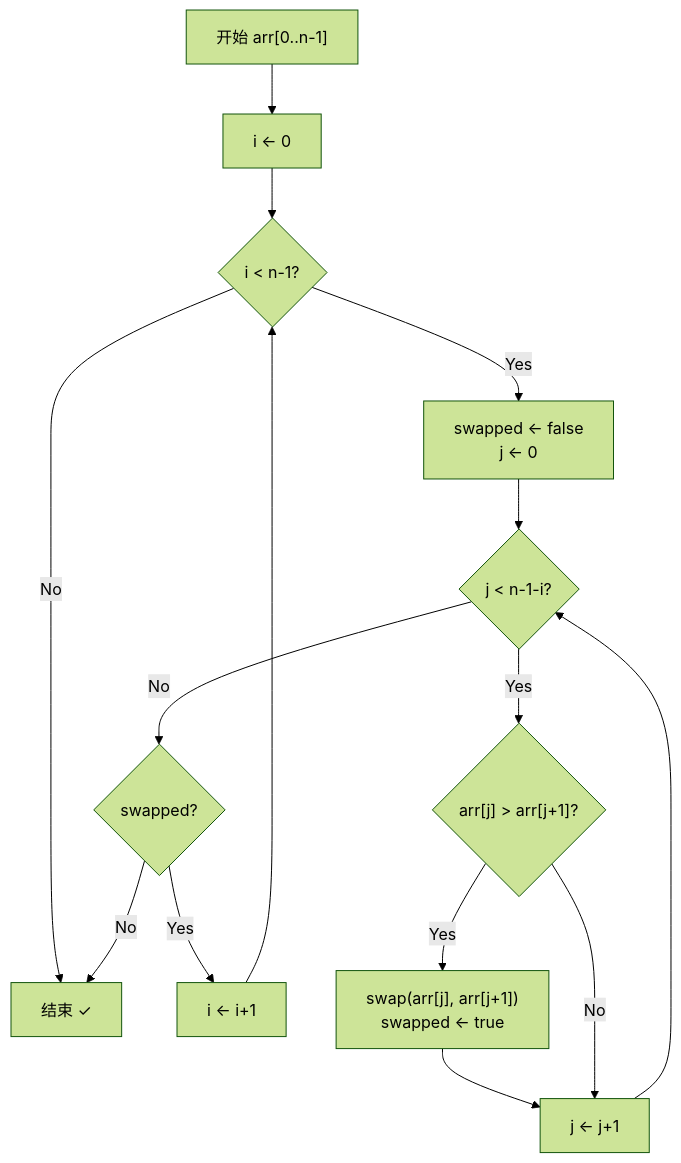
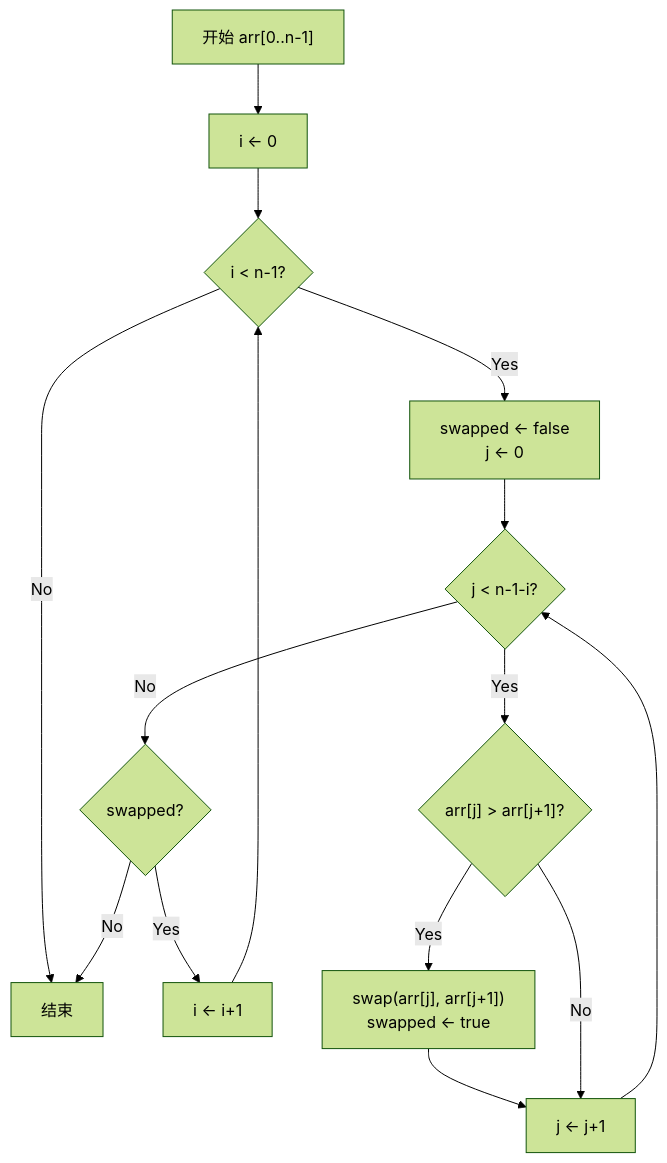
Before and after one commit to missercatos/RootStack: the first of 8 diagrams in 数据结构/H_排序_八大排序_Sorting.md, drawn with Mermaid (forest theme). The commit also changed other lines of this file and 605 other files, not shown here.

````diff
--- a/数据结构/H_排序_八大排序_Sorting.md
+++ b/数据结构/H_排序_八大排序_Sorting.md
@@ -65,17 +65,17 @@
 ```mermaid
 graph TD
-    A["开始 arr[0..n-1]"] --> B["i ← 0"]
-    B --> C{"i < n-1?"}
-    C -->|No| D["结束 ✓"]
-    C -->|Yes| E["swapped ← false\nj ← 0"]
-    E --> F{"j < n-1-i?"}
-    F -->|No| G{"swapped?"}
-    G -->|No| D
-    G -->|Yes| H["i ← i+1"]
-    H --> C
-    F -->|Yes| I{"arr[j] > arr[j+1]?"}
-    I -->|Yes| J["swap(arr[j], arr[j+1])\nswapped ← true"]
-    J --> K["j ← j+1"]
-    I -->|No| K
-    K --> F
+ A["开始 arr[0..n-1]"] --> B["i ← 0"]
+ B --> C{"i < n-1?"}
+ C -->|No| D["结束 "]
+ C -->|Yes| E["swapped ← false\nj ← 0"]
+ E --> F{"j < n-1-i?"}
+ F -->|No| G{"swapped?"}
+ G -->|No| D
+ G -->|Yes| H["i ← i+1"]
+ H --> C
+ F -->|Yes| I{"arr[j] > arr[j+1]?"}
+ I -->|Yes| J["swap(arr[j], arr[j+1])\nswapped ← true"]
+ J --> K["j ← j+1"]
+ I -->|No| K
+ K --> F
 ```
````
